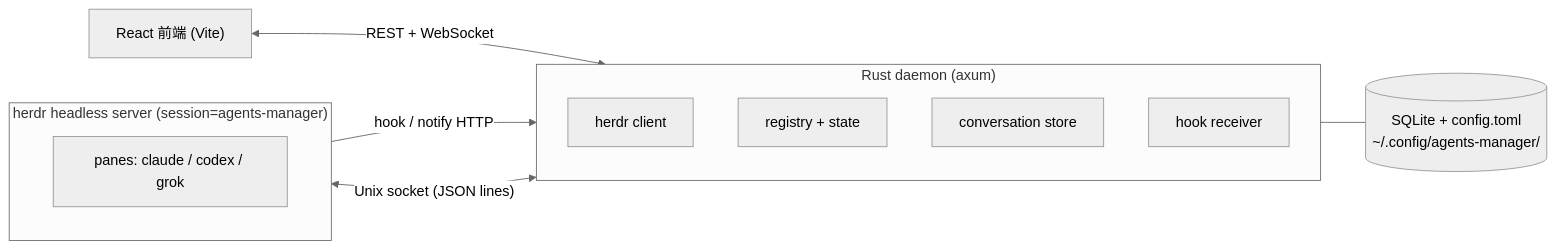
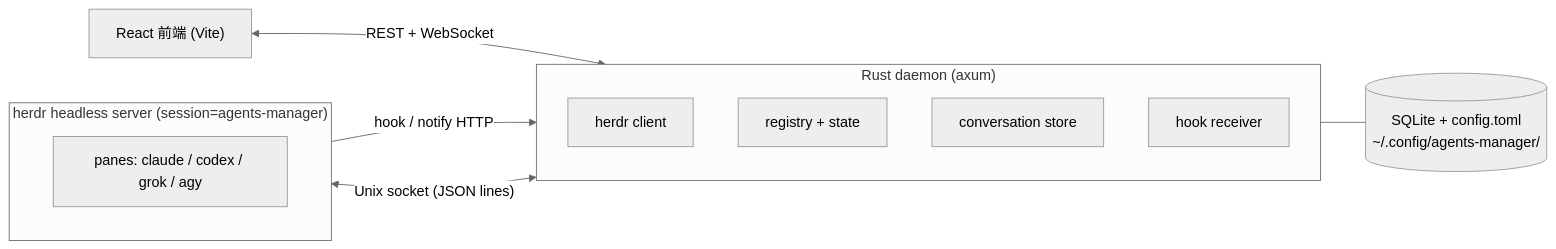
The diagram in README.md (Eden-Sun/agents-manager), drawn with Mermaid (neutral theme) before and after one commit. The commit also changed other lines of this file, not shown here.

````diff
--- a/README.md
+++ b/README.md
@@ -9,21 +9,21 @@
 ```mermaid
 flowchart LR
     web["React 前端 (Vite)"]
     subgraph daemon["Rust daemon (axum)"]
         direction TB
         d1["herdr client"]
         d2["registry + state"]
         d3["conversation store"]
         d4["hook receiver"]
     end
     store[("SQLite + config.toml<br/>~/.config/agents-manager/")]
     subgraph herdr["herdr headless server (session=agents-manager)"]
         direction TB
-        panes["panes: claude / codex / grok"]
+        panes["panes: claude / codex / grok / agy"]
     end
 
     web <-- "REST + WebSocket" --> daemon
     daemon <-- "Unix socket (JSON lines)" --> herdr
     panes -- "hook / notify HTTP" --> d4
     daemon --- store
 ```
````
